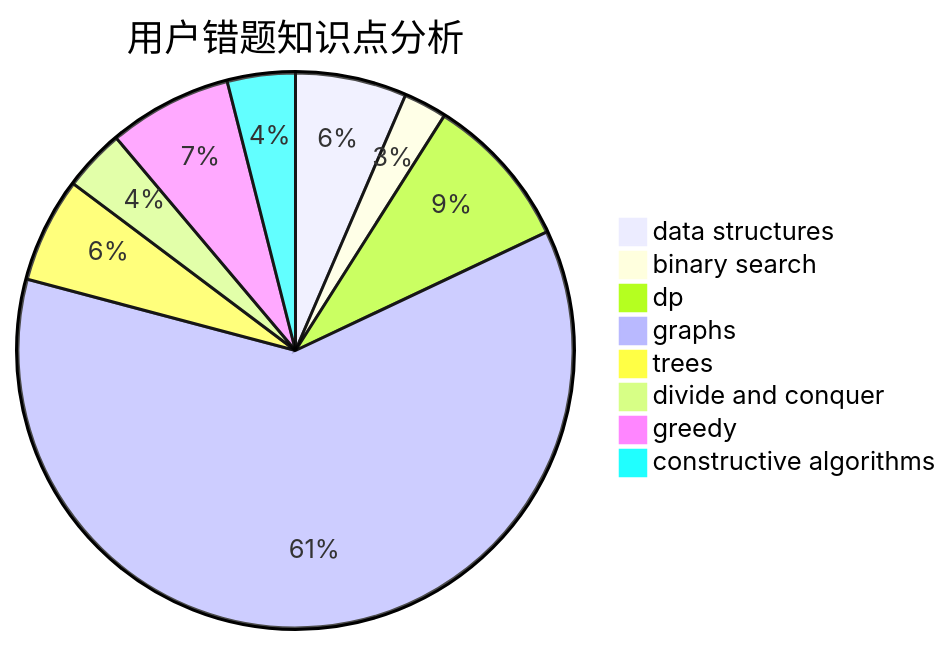
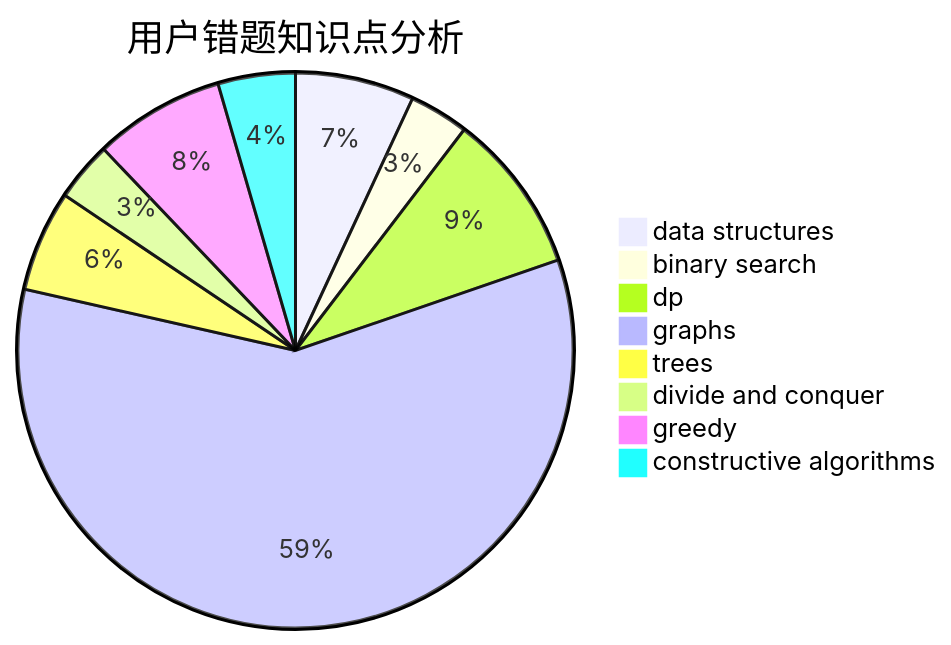
The third of 3 diagrams in docs/user/u1143.md (sherpahu/cfrs.github.io), drawn with Mermaid before and after one commit. The commit also changed other lines of this file and 2770 other files, not shown here.

````diff
--- a/docs/user/u1143.md
+++ b/docs/user/u1143.md
@@ -36,11 +36,11 @@
 ```mermaid
 pie title 用户错题知识点分析
-    "data structures" :  18
-    "binary search" :  7
-    "dp" :  25
+    "data structures" :  20
+    "binary search" :  10
+    "dp" :  27
     "graphs" :  170
     "trees" :  17
     "divide and conquer" :  10
-    "greedy" :  20
-    "constructive algorithms" :  11
+    "greedy" :  22
+    "constructive algorithms" :  13
 ```
````
